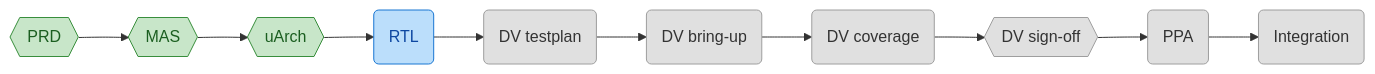
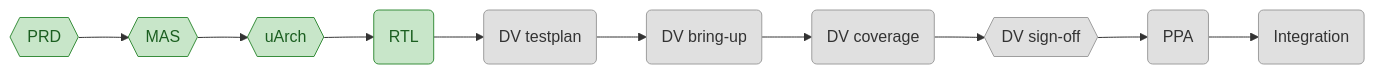
Before and after one commit to matanco64/HWSW_Project: the second of 3 diagrams in hw/PROGRESS.md, drawn with Mermaid. The commit also changed other lines of this file and 26 other files, not shown here.

First line of the commit message:
hw: huffman_engine RTL done — 11 blocks, 37 tests, full-chip smoke first-run green, 3-pass review clean

````diff
--- a/hw/PROGRESS.md
+++ b/hw/PROGRESS.md
@@ -34,22 +34,21 @@
 ```mermaid
 flowchart LR
     prd{{PRD}}
     mas{{MAS}}
     uarch{{uArch}}
     rtl(RTL)
     dv_testplan(DV testplan)
     dv_bringup(DV bring-up)
     dv_coverage(DV coverage)
     dv_signoff{{DV sign-off}}
     ppa(PPA)
     integration(Integration)
     prd --> mas --> uarch --> rtl --> dv_testplan --> dv_bringup --> dv_coverage --> dv_signoff --> ppa --> integration
     classDef todo fill:#e0e0e0,stroke:#9e9e9e,color:#333
     classDef in_progress fill:#bbdefb,stroke:#1976d2,color:#0d47a1
     classDef review fill:#ffe0b2,stroke:#f57c00,color:#e65100
     classDef done fill:#c8e6c9,stroke:#388e3c,color:#1b5e20
     classDef blocked fill:#ffcdd2,stroke:#d32f2f,color:#b71c1c
     class dv_testplan,dv_bringup,dv_coverage,dv_signoff,ppa,integration todo
-    class rtl in_progress
-    class prd,mas,uarch done
+    class prd,mas,uarch,rtl done
 ```
````
